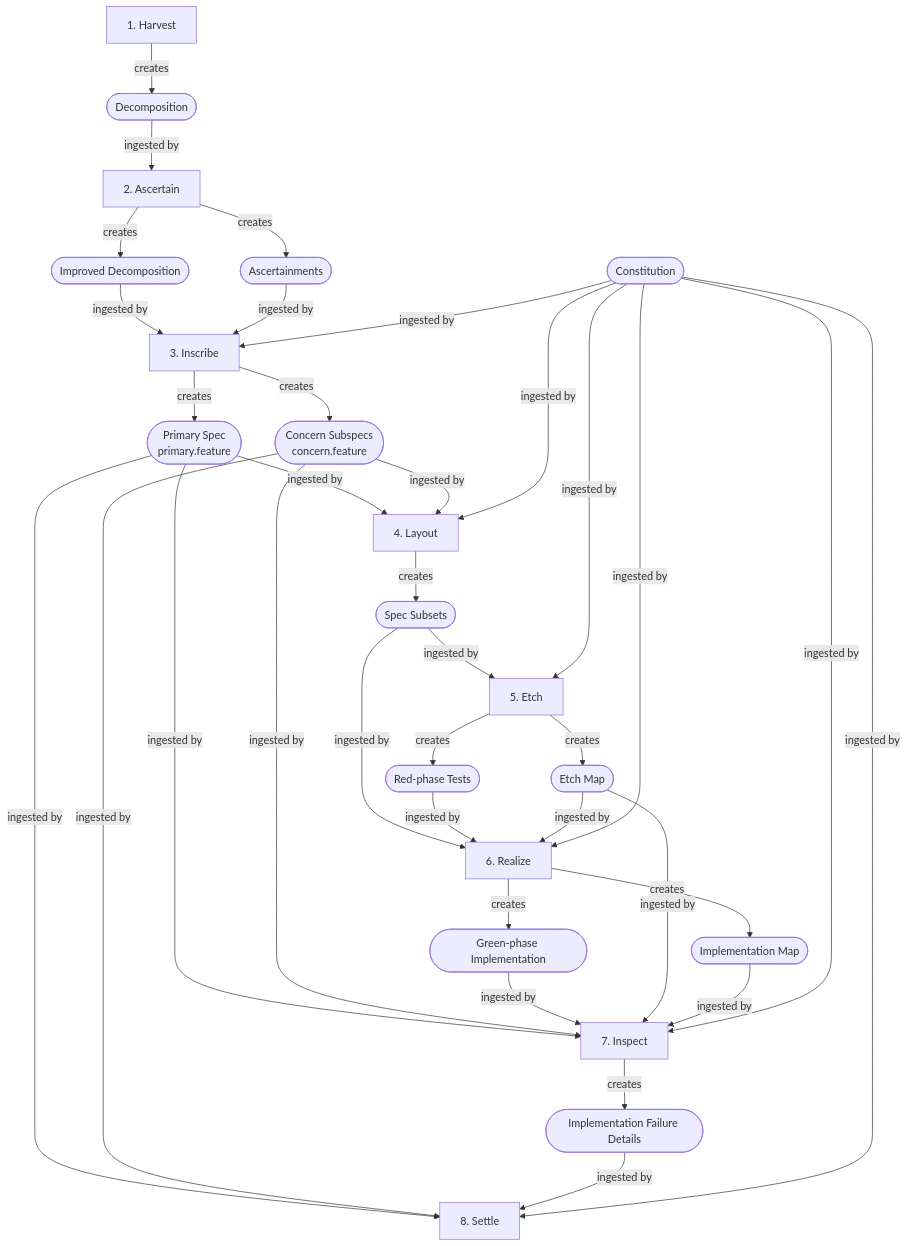
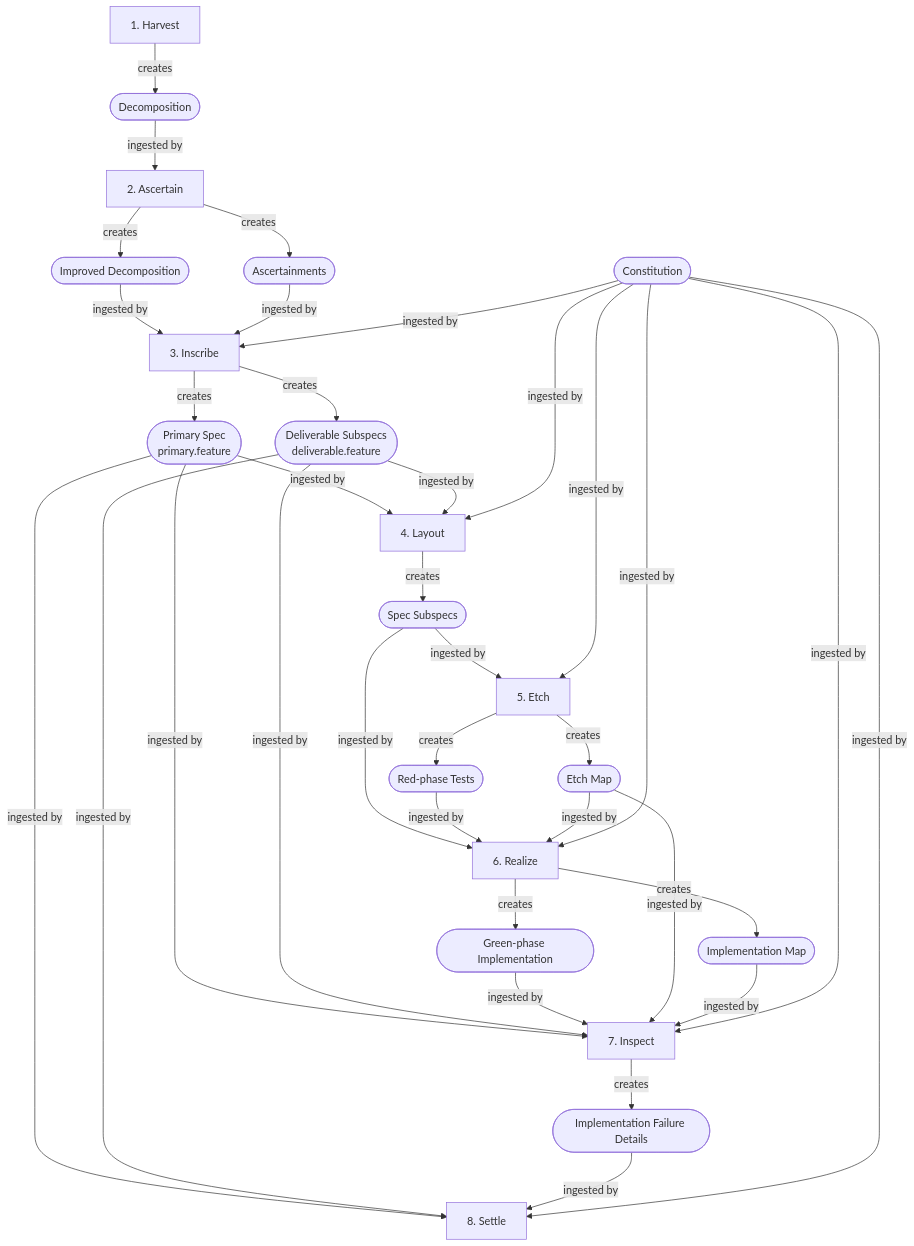
Before and after one commit to v0idbit/haileris: the second of 5 diagrams in docs/diagrams/diagrams.md, drawn with Mermaid. The commit also changed other lines of this file and 22 other files, not shown here.

````diff
--- a/docs/diagrams/diagrams.md
+++ b/docs/diagrams/diagrams.md
@@ -63,56 +63,56 @@
 ```mermaid
 flowchart TD
     DEC([Decomposition])
     ID([Improved Decomposition])
     ASC([Ascertainments])
     PS([Primary Spec<br>primary.feature])
-    CS([Concern Subspecs<br>concern.feature])
-    SS([Spec Subsets])
+    CS([Deliverable Subspecs<br>deliverable.feature])
+    SS([Spec Subspecs])
     RT([Red-phase Tests])
     ETM([Etch Map])
     GI([Green-phase Implementation])
     IM([Implementation Map])
     IF([Implementation Failure Details])
     CON([Constitution])
 
     H[1. Harvest] -->|creates| DEC
     DEC -->|ingested by| A[2. Ascertain]
 
     A -->|creates| ID
     A -->|creates| ASC
     ID -->|ingested by| I[3. Inscribe]
     ASC -->|ingested by| I
     CON -->|ingested by| I
 
     I -->|creates| PS
     I -->|creates| CS
     PS -->|ingested by| L[4. Layout]
     CS -->|ingested by| L
     CON -->|ingested by| L
 
     L -->|creates| SS
     SS -->|ingested by| E[5. Etch]
     CON -->|ingested by| E
 
     E -->|creates| RT
     E -->|creates| ETM
     SS -->|ingested by| R[6. Realize]
     RT -->|ingested by| R
     ETM -->|ingested by| R
     CON -->|ingested by| R
 
     R -->|creates| GI
     R -->|creates| IM
     PS -->|ingested by| IN[7. Inspect]
     CS -->|ingested by| IN
     GI -->|ingested by| IN
     ETM -->|ingested by| IN
     IM -->|ingested by| IN
     CON -->|ingested by| IN
 
     IN -->|creates| IF
     PS -->|ingested by| S[8. Settle]
     CS -->|ingested by| S
     IF -->|ingested by| S
     CON -->|ingested by| S
 ```
````
